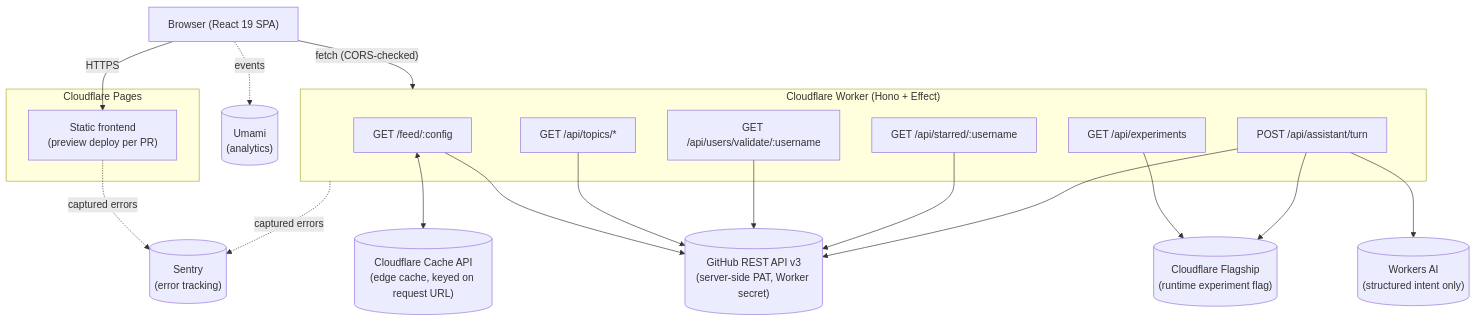
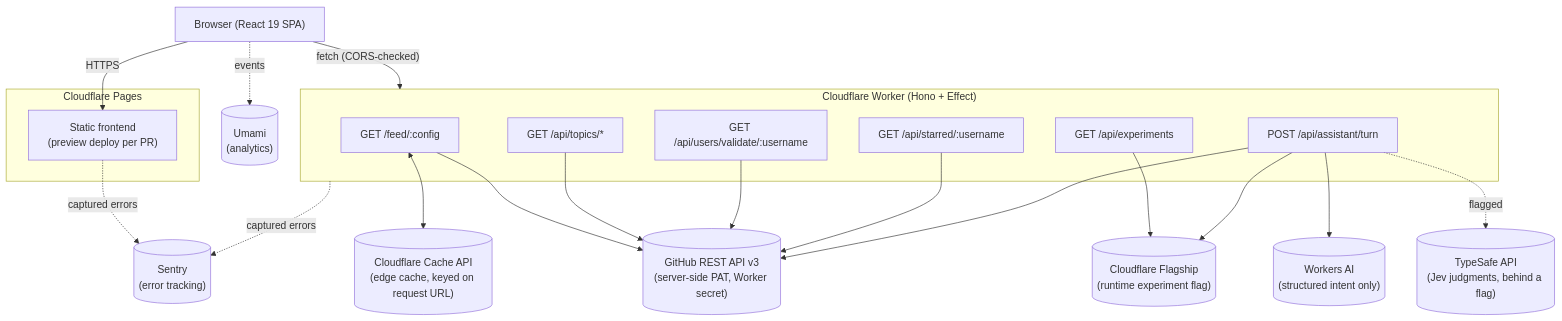
Before and after one commit to schalkneethling/ossreleasefeed-v2: the first of 5 diagrams in docs/ARCHITECTURE.md, drawn with Mermaid. The commit also changed other lines of this file and 12 other files, not shown here.

First line of the commit message:
feat(assistant): add the Jev interpreter behind assistant-interpreter-jev

````diff
--- a/docs/ARCHITECTURE.md
+++ b/docs/ARCHITECTURE.md
@@ -8,41 +8,43 @@
 ```mermaid
 flowchart TD
     Browser["Browser (React 19 SPA)"]
 
     subgraph Pages["Cloudflare Pages"]
         SPA["Static frontend\n(preview deploy per PR)"]
     end
 
     subgraph Worker["Cloudflare Worker (Hono + Effect)"]
         Feed["GET /feed/:config"]
         Topics["GET /api/topics/*"]
         Users["GET /api/users/validate/:username"]
         Starred["GET /api/starred/:username"]
         Experiments["GET /api/experiments"]
         Assistant["POST /api/assistant/turn"]
     end
 
     Cache[("Cloudflare Cache API\n(edge cache, keyed on request URL)")]
     GitHub[("GitHub REST API v3\n(server-side PAT, Worker secret)")]
     Sentry[("Sentry\n(error tracking)")]
     Umami[("Umami\n(analytics)")]
     Flagship[("Cloudflare Flagship\n(runtime experiment flag)")]
     WorkersAI[("Workers AI\n(structured intent only)")]
+    TypeSafe[("TypeSafe API\n(Jev judgments, behind a flag)")]
 
     Browser -- HTTPS --> SPA
     Browser -- "fetch (CORS-checked)" --> Worker
     Browser -. events .-> Umami
 
     Feed <--> Cache
     Feed --> GitHub
     Topics --> GitHub
     Users --> GitHub
     Starred --> GitHub
     Experiments --> Flagship
     Assistant --> Flagship
     Assistant --> WorkersAI
+    Assistant -. flagged .-> TypeSafe
     Assistant --> GitHub
 
     Worker -. captured errors .-> Sentry
     SPA -. captured errors .-> Sentry
 ```
````
